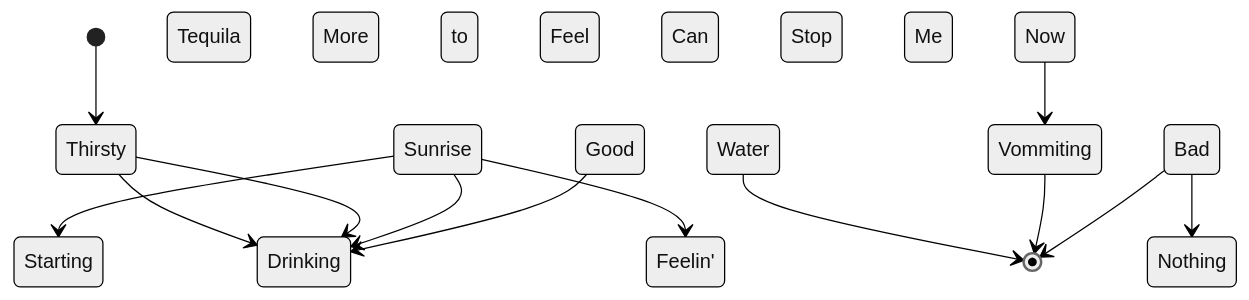
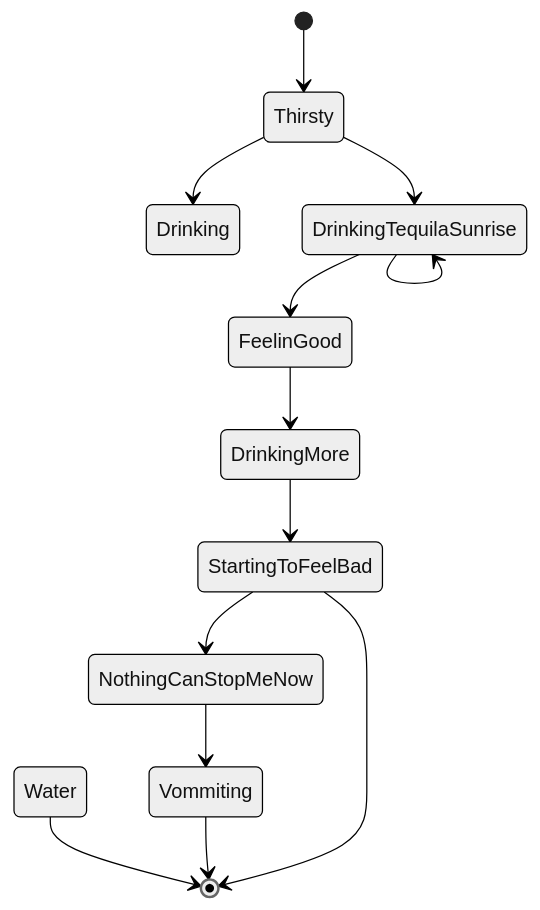
Before and after one commit to MilanNemet/TeamWork: the third of 3 diagrams in README.md, drawn with Mermaid (neutral theme).

````diff
--- a/README.md
+++ b/README.md
@@ -17,15 +17,15 @@
 ```mermaid
   stateDiagram-v2
 [*] --> Thirsty
 Thirsty --> Drinking Water
 Drinking Water --> [*]
-Thirsty --> Drinking Tequila Sunrise
-Drinking Tequila Sunrise --> Drinking Tequila Sunrise
-Drinking Tequila Sunrise --> Feelin' Good
-Feelin' Good --> Drinking More Tequila Sunrise
-Drinking More Tequila Sunrise --> Starting to Feel Bad
-Starting to Feel Bad --> Nothing Can Stop Me Now
-Nothing Can Stop Me Now --> Vommiting
+Thirsty --> DrinkingTequilaSunrise
+DrinkingTequilaSunrise --> DrinkingTequilaSunrise
+DrinkingTequilaSunrise --> FeelinGood
+FeelinGood --> DrinkingMore
+DrinkingMore --> StartingToFeelBad
+StartingToFeelBad --> NothingCanStopMeNow
+NothingCanStopMeNow --> Vommiting
 Vommiting --> [*]
-Starting to Feel Bad --> [*]
+StartingToFeelBad --> [*]
 ```
````
